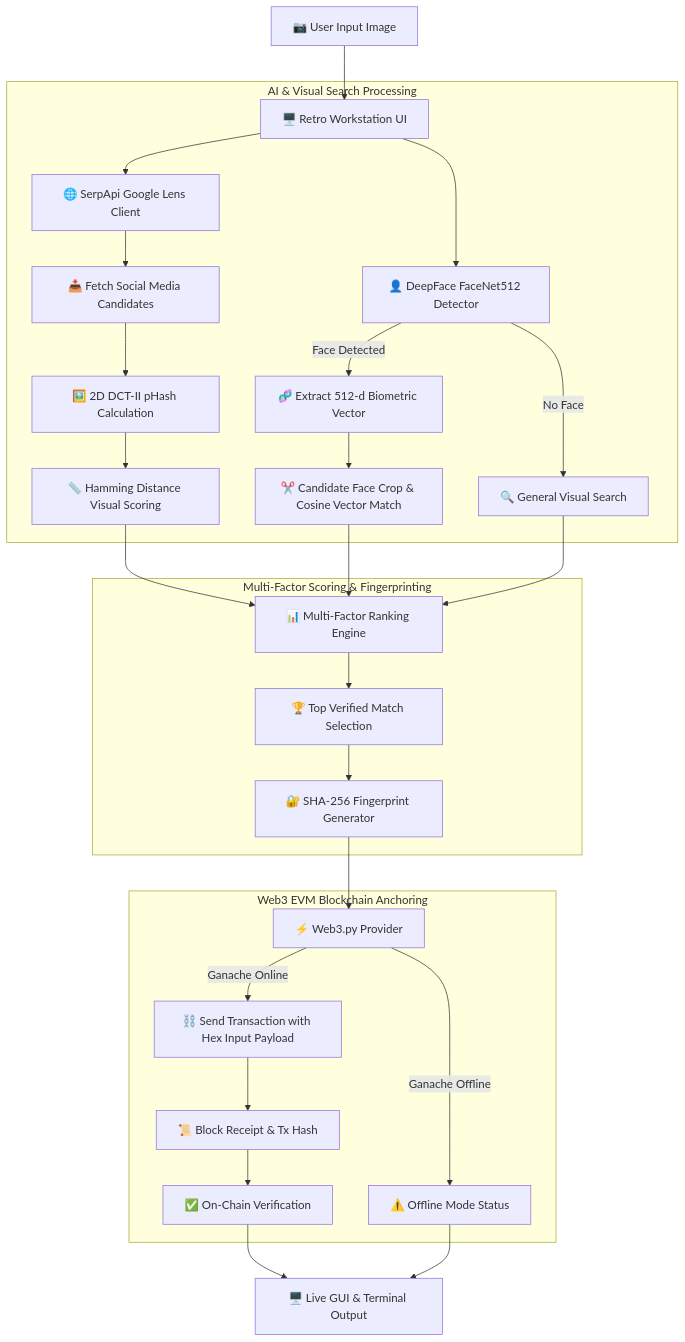
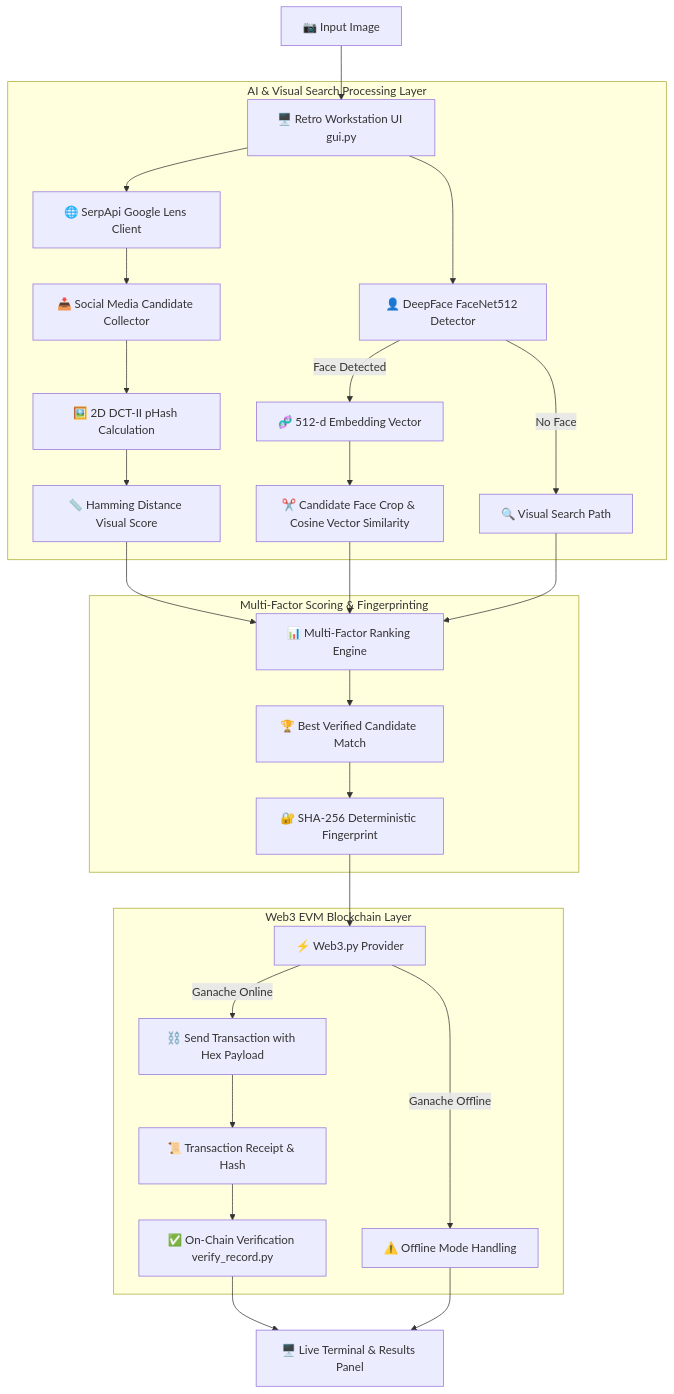
One commit to SuryaNandan07/Face_search_blockchain changed the diagram in README.md. Above: the diagram before and after it, drawn with Mermaid. The commit also changed other lines of this file, not shown here.

````diff
--- a/README.md
+++ b/README.md
@@ -211,37 +220,37 @@
 ```mermaid
 flowchart TD
-    A[📷 User Input Image] --> B[🖥️ Retro Workstation UI]
+    A[📷 Input Image] --> B[🖥️ Retro Workstation UI gui.py]
     
-    subgraph AI & Visual Search Processing
+    subgraph AI & Visual Search Processing Layer
         B --> C[👤 DeepFace FaceNet512 Detector]
-        C -->|Face Detected| D[🧬 Extract 512-d Biometric Vector]
-        C -->|No Face| E[🔍 General Visual Search]
+        C -->|Face Detected| D[🧬 512-d Embedding Vector]
+        C -->|No Face| E[🔍 Visual Search Path]
         
         B --> F[🌐 SerpApi Google Lens Client]
-        F --> G[📥 Fetch Social Media Candidates]
+        F --> G[📥 Social Media Candidate Collector]
         
         G --> H[🖼️ 2D DCT-II pHash Calculation]
-        H --> I[📏 Hamming Distance Visual Scoring]
+        H --> I[📏 Hamming Distance Visual Score]
         
-        D --> J[✂️ Candidate Face Crop & Cosine Vector Match]
+        D --> J[✂️ Candidate Face Crop & Cosine Vector Similarity]
     end
     
     subgraph Multi-Factor Scoring & Fingerprinting
         I --> K[📊 Multi-Factor Ranking Engine]
         J --> K
         E --> K
-        K --> L[🏆 Top Verified Match Selection]
-        L --> M[🔐 SHA-256 Fingerprint Generator]
+        K --> L[🏆 Best Verified Candidate Match]
+        L --> M[🔐 SHA-256 Deterministic Fingerprint]
     end
     
-    subgraph Web3 EVM Blockchain Anchoring
+    subgraph Web3 EVM Blockchain Layer
         M --> N[⚡ Web3.py Provider]
-        N -->|Ganache Online| O[⛓️ Send Transaction with Hex Input Payload]
-        O --> P[📜 Block Receipt & Tx Hash]
-        P --> Q[✅ On-Chain Verification]
-        N -->|Ganache Offline| R[⚠️ Offline Mode Status]
+        N -->|Ganache Online| O[⛓️ Send Transaction with Hex Payload]
+        O --> P[📜 Transaction Receipt & Hash]
+        P --> Q[✅ On-Chain Verification verify_record.py]
+        N -->|Ganache Offline| R[⚠️ Offline Mode Handling]
     end
     
-    Q --> S[🖥️ Live GUI & Terminal Output]
+    Q --> S[🖥️ Live Terminal & Results Panel]
     R --> S
 ```
````
